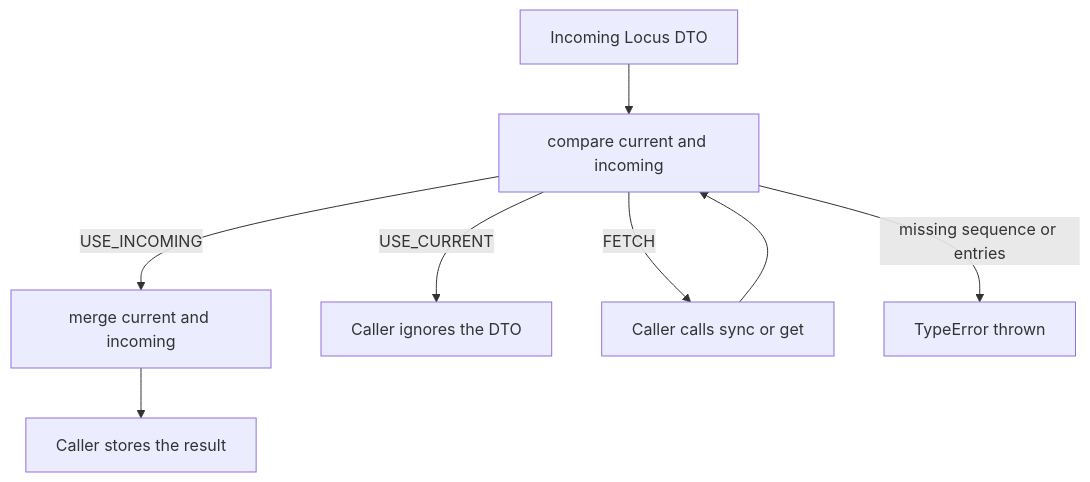
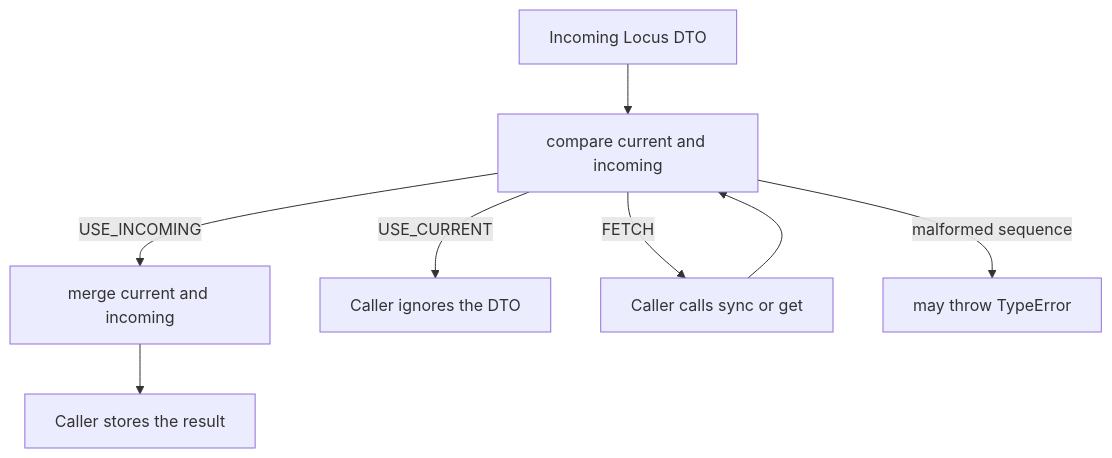
One commit to webex/webex-js-sdk changed the fourth of 5 diagrams in packages/@webex/internal-plugin-locus/src/docs/README.md. Above: the diagram before and after it, drawn with Mermaid. The commit also changed other lines of this file and 3 other files, not shown here.

````diff
--- a/packages/@webex/internal-plugin-locus/src/docs/README.md
+++ b/packages/@webex/internal-plugin-locus/src/docs/README.md
@@ -296,10 +296,10 @@
 ```mermaid
 flowchart TD
   start[Incoming Locus DTO] --> cmp[compare current and incoming]
   cmp -->|USE_INCOMING| mrg[merge current and incoming]
   mrg --> keep[Caller stores the result]
   cmp -->|USE_CURRENT| ignore[Caller ignores the DTO]
   cmp -->|FETCH| fetch[Caller calls sync or get]
   fetch --> cmp
-  cmp -->|missing sequence or entries| err[TypeError thrown]
+  cmp -->|malformed sequence| err[may throw TypeError]
 ```
````
